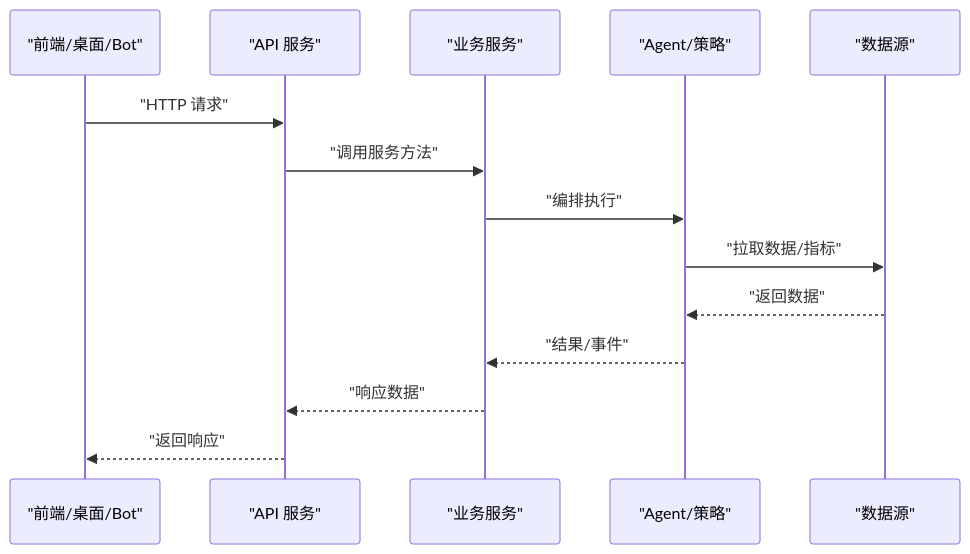
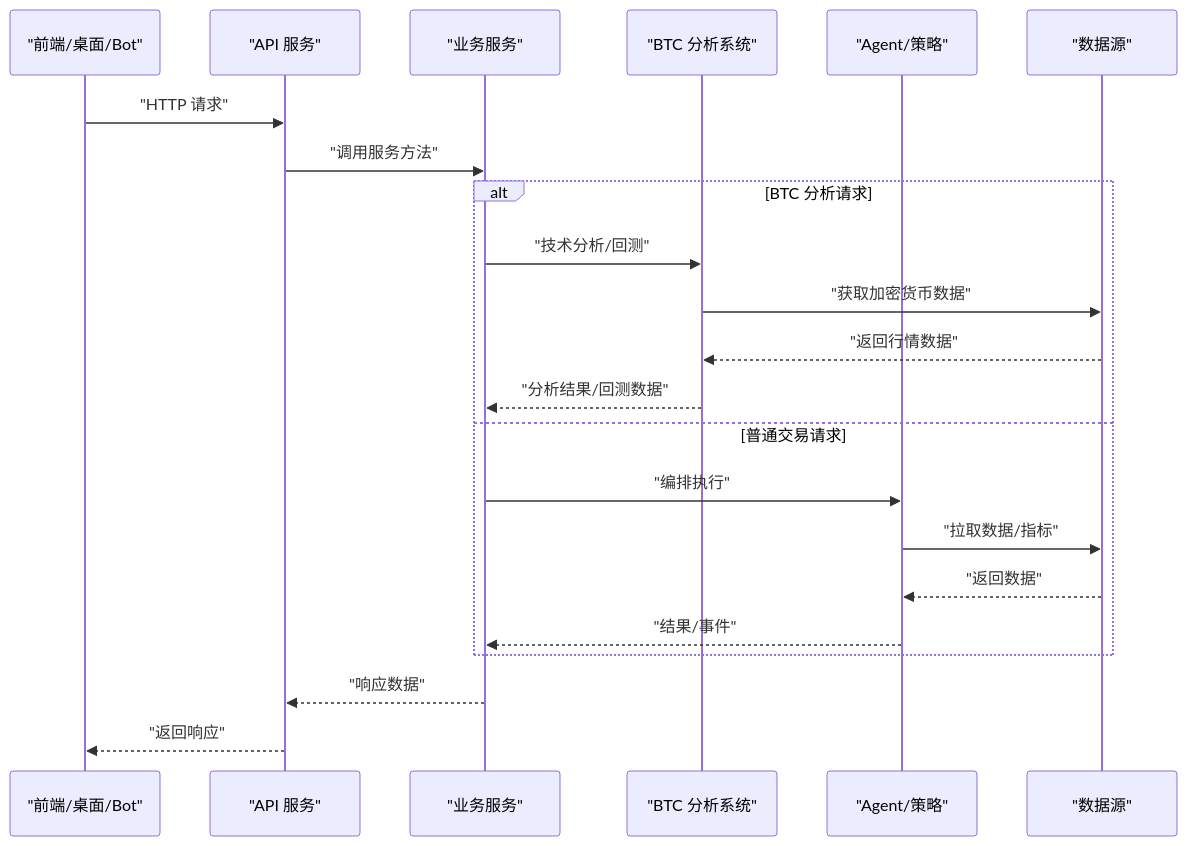
One commit to anYaoooo/daily_stock_analysis changed the second of 9 diagrams in .qoder/repowiki/zh/content/开发指南/开发指南.md. Above: the diagram before and after it, drawn with Mermaid. The commit also changed other lines of this file and 140 other files, not shown here.

````diff
--- a/.qoder/repowiki/zh/content/开发指南/开发指南.md
+++ b/.qoder/repowiki/zh/content/开发指南/开发指南.md
@@ -124,16 +144,24 @@
 ```mermaid
 sequenceDiagram
 participant FE as "前端/桌面/Bot"
 participant API as "API 服务"
 participant SVC as "业务服务"
+participant BTC as "BTC 分析系统"
 participant AG as "Agent/策略"
 participant DP as "数据源"
 FE->>API : "HTTP 请求"
 API->>SVC : "调用服务方法"
+alt BTC 分析请求
+SVC->>BTC : "技术分析/回测"
+BTC->>DP : "获取加密货币数据"
+DP-->>BTC : "返回行情数据"
+BTC-->>SVC : "分析结果/回测数据"
+else 普通交易请求
 SVC->>AG : "编排执行"
 AG->>DP : "拉取数据/指标"
 DP-->>AG : "返回数据"
 AG-->>SVC : "结果/事件"
+end
 SVC-->>API : "响应数据"
 API-->>FE : "返回响应"
 ```
````
